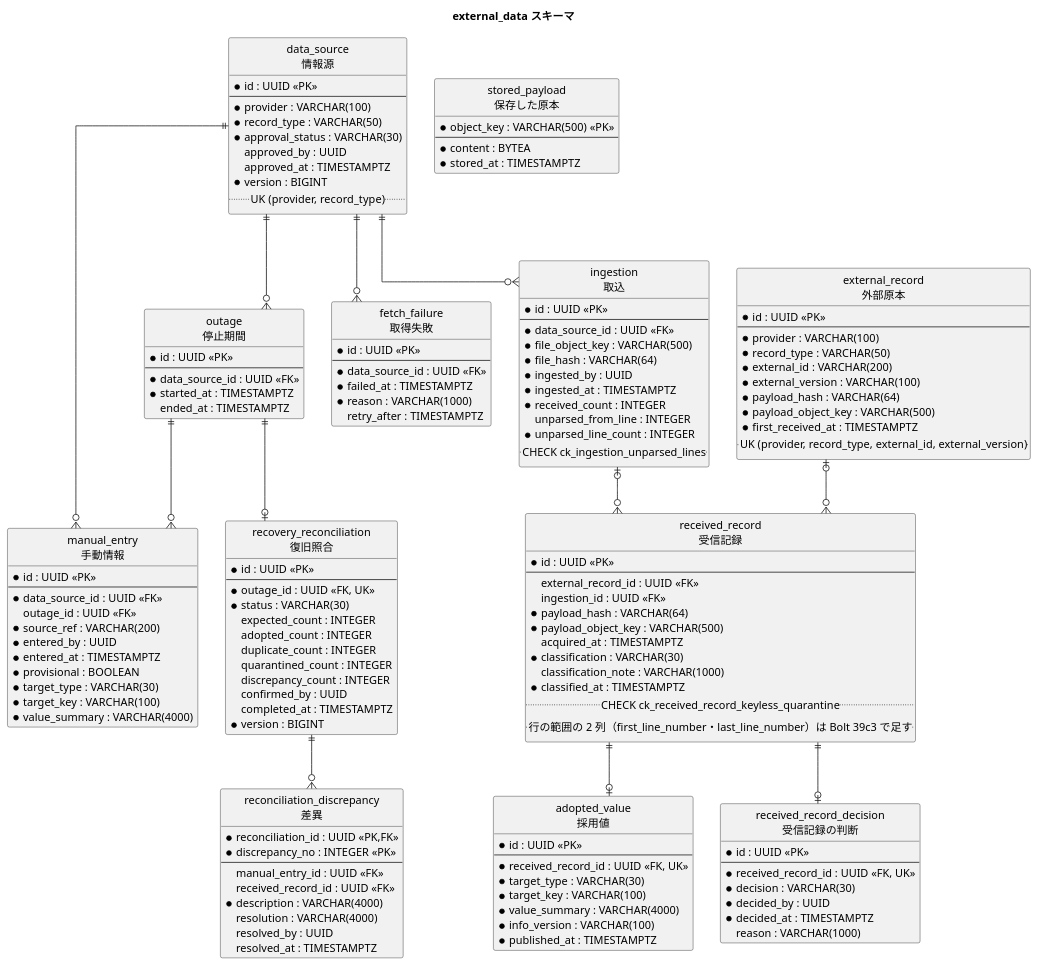
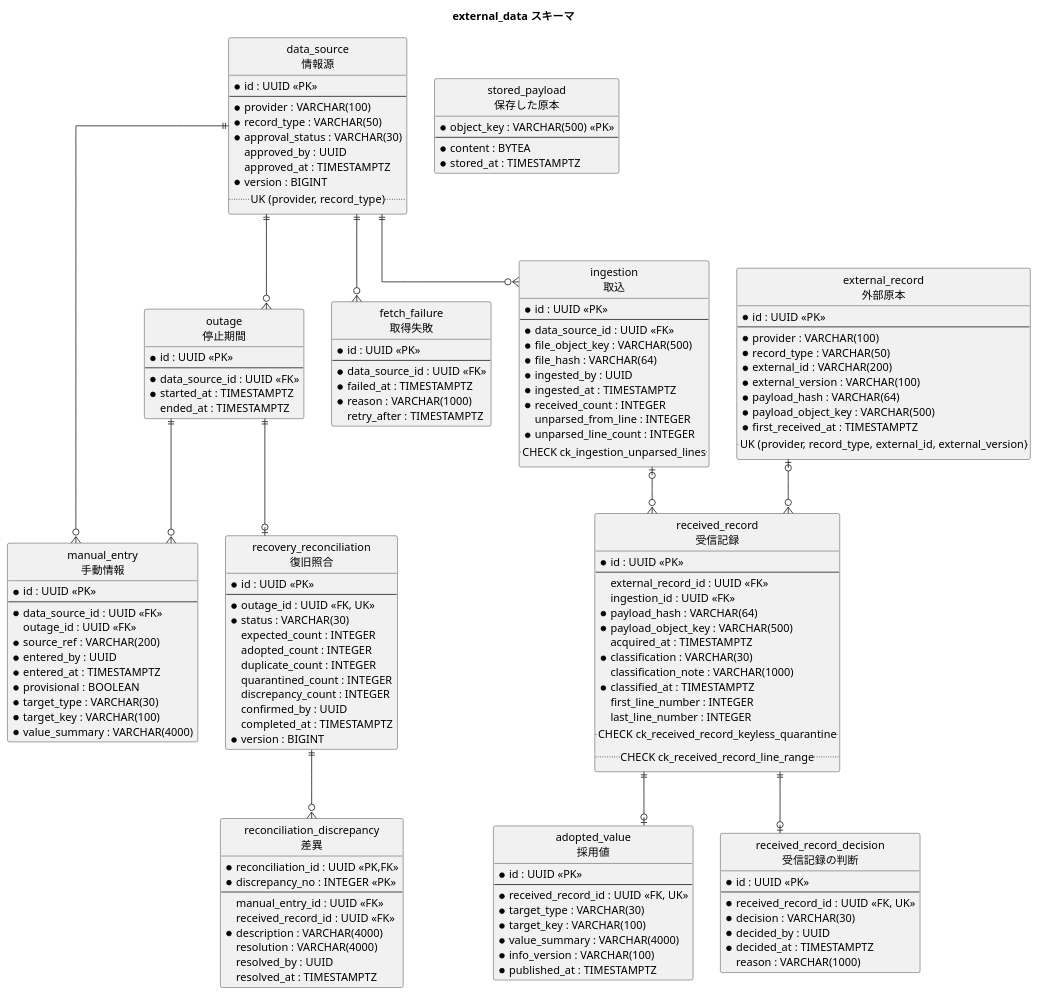
One commit to k2works/practical-domain-driven-design-in-enterpris-application changed the eighth of 8 diagrams in docs/design/cargo-tracker/data_model.md. Above: the diagram before and after it, drawn with PlantUML. The commit also changed other lines of this file and 7 other files, not shown here.

```diff
--- a/docs/design/cargo-tracker/data_model.md
+++ b/docs/design/cargo-tracker/data_model.md
@@ -1054,8 +1054,10 @@
   * classification : VARCHAR(30)
   classification_note : VARCHAR(1000)
   * classified_at : TIMESTAMPTZ
+  first_line_number : INTEGER
+  last_line_number : INTEGER
   .. CHECK ck_received_record_keyless_quarantine ..
-  .. 行の範囲の 2 列（first_line_number・last_line_number）は Bolt 39c3 で足す ..
+  .. CHECK ck_received_record_line_range ..
 }
 entity "received_record_decision\n受信記録の判断" as rcd {
   * id : UUID <<PK>>
```
